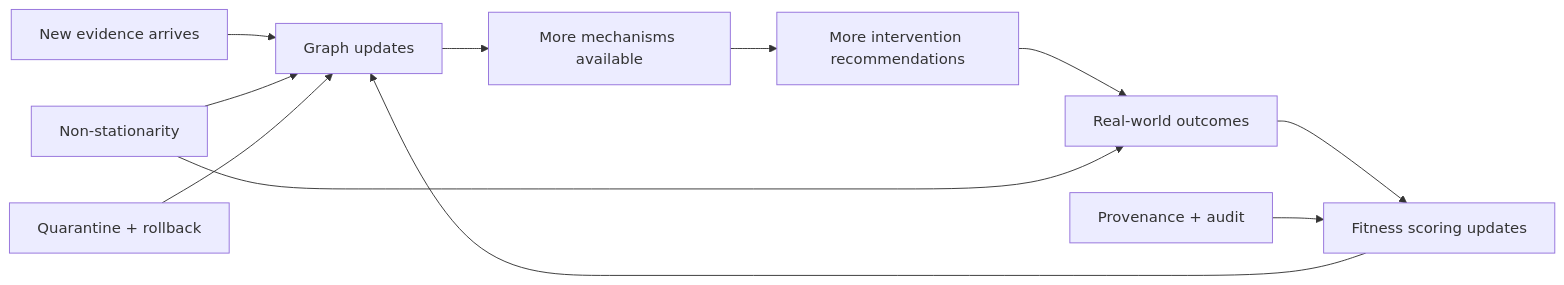
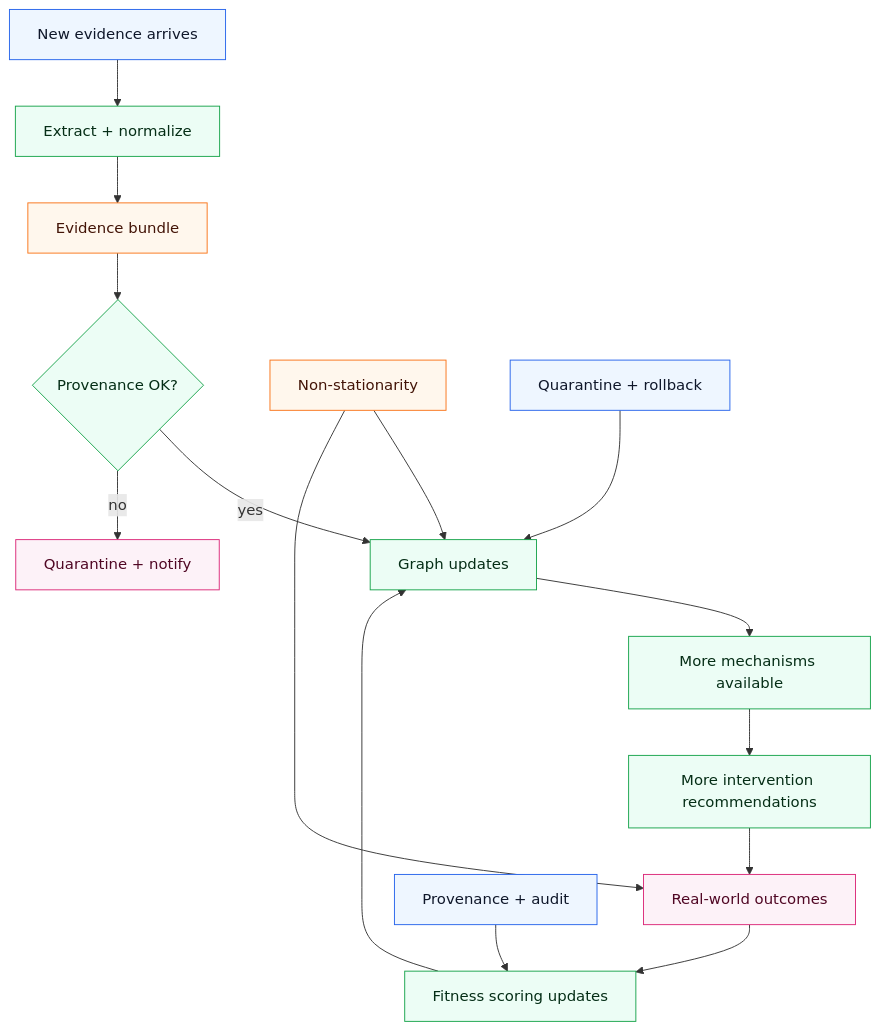
One commit to 5Reasons/5reasons.github.io changed the second of 3 diagrams in docs/blog/posts/mechanism-executable-causal-graphrag.md. Above: the diagram before and after it, drawn with Mermaid. The commit also changed other lines of this file and 14 other files, not shown here.

First line of the commit message:
Refactor diagrams and improve clarity in blog posts and case studies

````diff
--- a/docs/blog/posts/mechanism-executable-causal-graphrag.md
+++ b/docs/blog/posts/mechanism-executable-causal-graphrag.md
@@ -96,15 +135,28 @@
 ```mermaid
-graph LR;
-  A["New evidence arrives"] --> B["Graph updates"];
-  B --> C["More mechanisms available"];
-  C --> D["More intervention recommendations"];
-  D --> E["Real-world outcomes"];
-  E --> F["Fitness scoring updates"];
-  F --> B;
+flowchart TB
+  A["New evidence arrives"]:::i --> P1["Extract + normalize"]:::p
+  P1 --> R1["Evidence bundle"]:::r
 
-  G["Non-stationarity"] --> B;
-  G --> E;
+  G1{"Provenance OK?"}:::p
+  R1 --> G1
+  G1 -- yes --> B["Graph updates"]:::p
+  G1 -- no --> S1["Quarantine + notify"]:::o
 
-  H["Quarantine + rollback"] --> B;
-  I["Provenance + audit"] --> F;
+  B --> C["More mechanisms available"]:::p
+  C --> D["More intervention recommendations"]:::p
+  D --> E["Real-world outcomes"]:::o
+  E --> F["Fitness scoring updates"]:::p
+  F --> B
+
+  G["Non-stationarity"]:::r --> B
+  G --> E
+
+  H["Quarantine + rollback"]:::i --> B
+  I["Provenance + audit"]:::i --> F
+
+  %% brModel styles
+  classDef i fill:#eef6ff,stroke:#2563eb,stroke-width:1px,color:#0f172a;
+  classDef p fill:#ecfdf5,stroke:#16a34a,stroke-width:1px,color:#052e16;
+  classDef r fill:#fff7ed,stroke:#f97316,stroke-width:1px,color:#431407;
+  classDef o fill:#fdf2f8,stroke:#db2777,stroke-width:1px,color:#500724;
 ```
````
